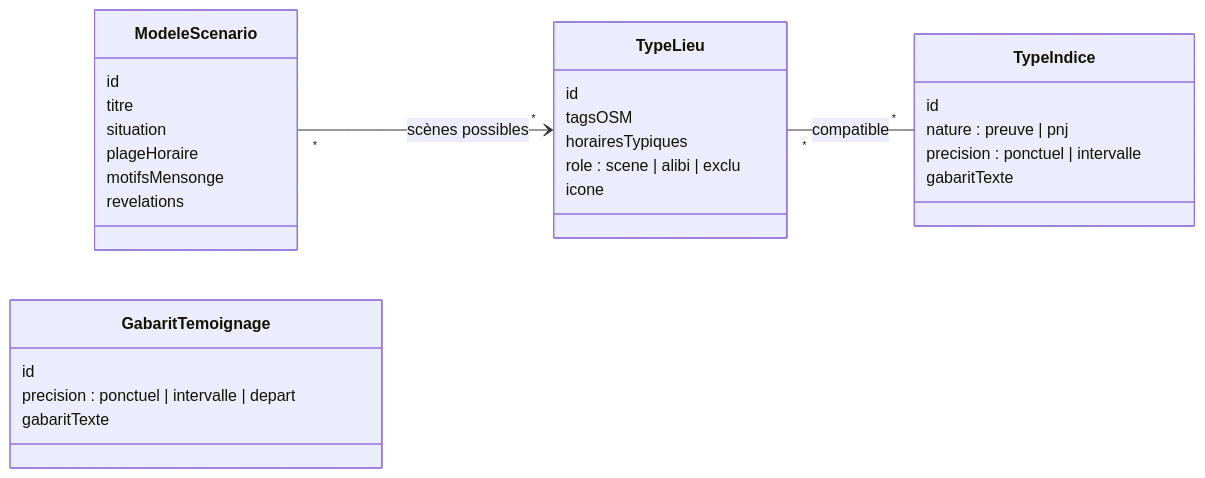
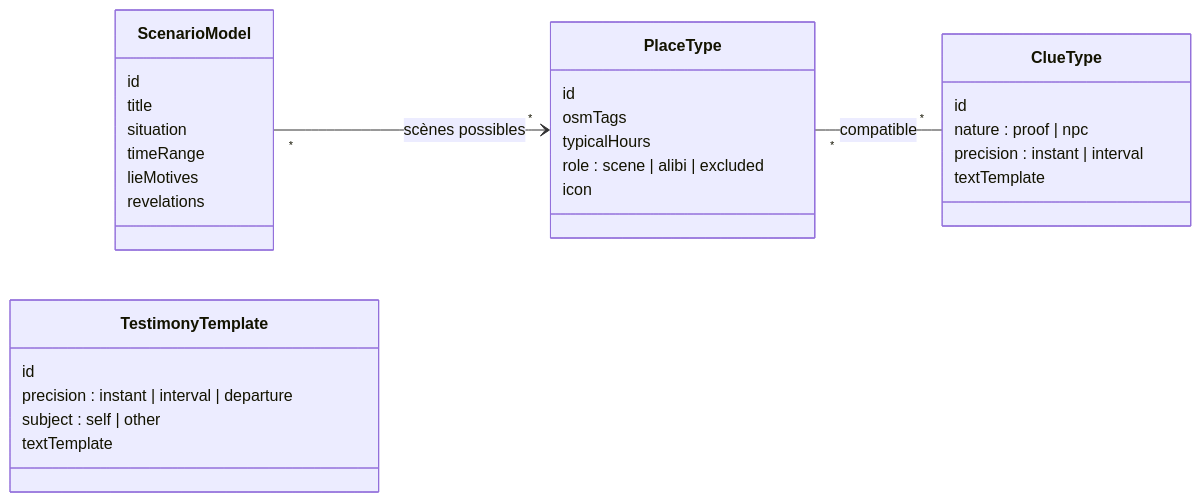
The first of 4 diagrams in docs/reference/DATA-MODEL.md (akartikus/pistouil), drawn with Mermaid before and after one commit. The commit also changed other lines of this file, not shown here.

First line of the commit message:
docs: translate data model identifiers to English and add engine rules

````diff
--- a/docs/reference/DATA-MODEL.md
+++ b/docs/reference/DATA-MODEL.md
@@ -18,32 +21,33 @@
 ```mermaid
 classDiagram
   direction LR
-  class TypeLieu {
+  class PlaceType {
     id
-    tagsOSM
-    horairesTypiques
-    role : scene | alibi | exclu
-    icone
+    osmTags
+    typicalHours
+    role : scene | alibi | excluded
+    icon
   }
-  class TypeIndice {
+  class ClueType {
     id
-    nature : preuve | pnj
-    precision : ponctuel | intervalle
-    gabaritTexte
+    nature : proof | npc
+    precision : instant | interval
+    textTemplate
   }
-  class ModeleScenario {
+  class ScenarioModel {
     id
-    titre
+    title
     situation
-    plageHoraire
-    motifsMensonge
+    timeRange
+    lieMotives
     revelations
   }
-  class GabaritTemoignage {
+  class TestimonyTemplate {
     id
-    precision : ponctuel | intervalle | depart
-    gabaritTexte
+    precision : instant | interval | departure
+    subject : self | other
+    textTemplate
   }
-  TypeLieu "*" -- "*" TypeIndice : compatible
-  ModeleScenario "*" --> "*" TypeLieu : scènes possibles
+  PlaceType "*" -- "*" ClueType : compatible
+  ScenarioModel "*" --> "*" PlaceType : scènes possibles
 ```
````
